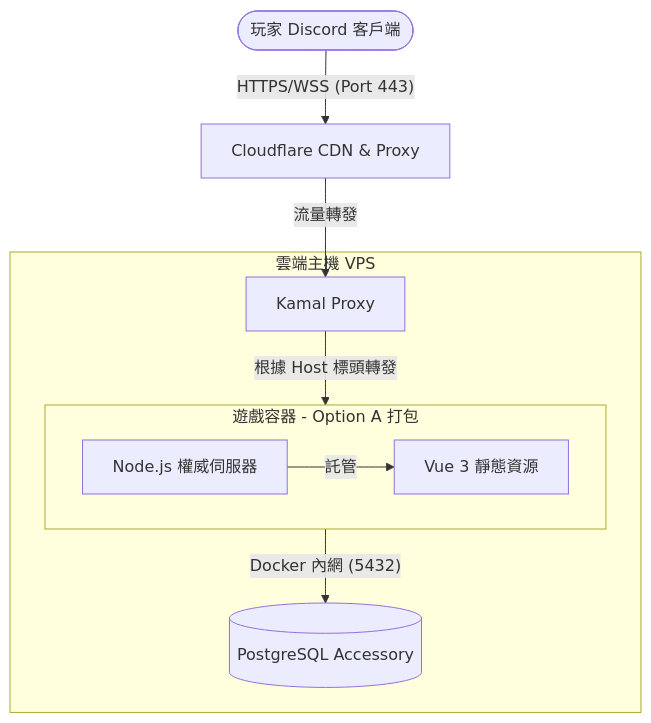
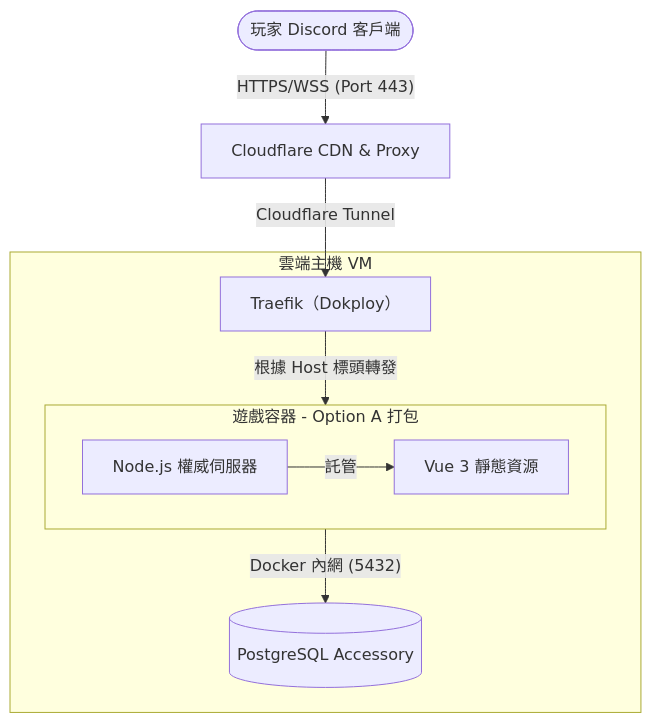
Before and after one commit to noracami/high-society-boardgame: the diagram in docs/ARCHITECTURE.md, drawn with Mermaid. The commit also changed other lines of this file and 7 other files, not shown here.

````diff
--- a/docs/ARCHITECTURE.md
+++ b/docs/ARCHITECTURE.md
@@ -11,18 +11,18 @@
 ```mermaid
 graph TD
     User([玩家 Discord 客戶端]) -- "HTTPS/WSS (Port 443)" --> CF[Cloudflare CDN & Proxy]
-    CF -- "流量轉發" --> KP[Kamal Proxy]
+    CF -- "Cloudflare Tunnel" --> KP[Traefik（Dokploy）]
 
-    subgraph VM [雲端主機 VPS]
+    subgraph VM [雲端主機 VM]
         KP -- "根據 Host 標頭轉發" --> App[Stoa 遊戲容器]
 
         subgraph App [遊戲容器 - Option A 打包]
             Node[Node.js 權威伺服器]
             Vue[Vue 3 靜態資源]
             Node -- "託管" --> Vue
         end
 
         App -- "Docker 內網 (5432)" --> DB[(PostgreSQL Accessory)]
     end
 
 ```
````
